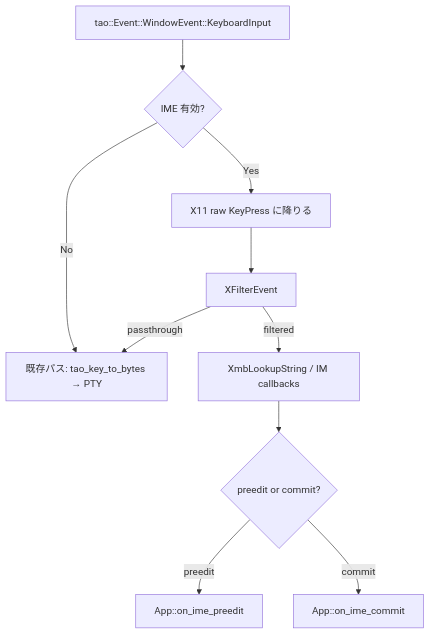
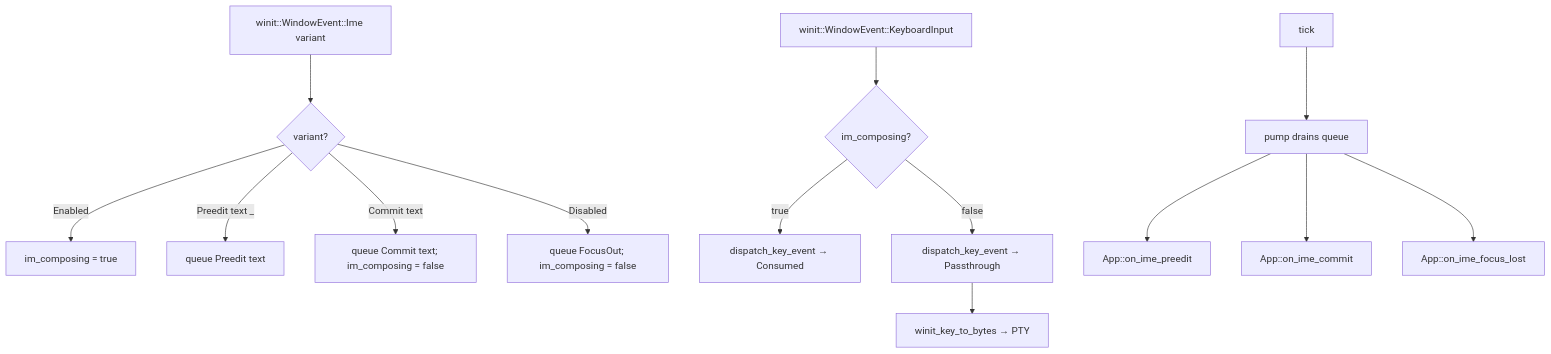
The first of 2 diagrams in doc/tasks/ime-native-integration/要件定義書.md (m-m-n/emterm), drawn with Mermaid before and after one commit. The commit also changed other lines of this file and 4 other files, not shown here.

First line of the commit message:
docs(ime-native-integration): redesign spec/plan/verification for winit 0.30 migration

````diff
--- a/doc/tasks/ime-native-integration/要件定義書.md
+++ b/doc/tasks/ime-native-integration/要件定義書.md
@@ -193,12 +226,18 @@
 ```mermaid
 flowchart TD
-    A[tao::Event::WindowEvent::KeyboardInput] --> B{IME 有効?}
-    B -->|No| H[既存パス: tao_key_to_bytes → PTY]
-    B -->|Yes| C[X11 raw KeyPress に降りる]
-    C --> D[XFilterEvent]
-    D -->|filtered| E[XmbLookupString / IM callbacks]
-    D -->|passthrough| H
-    E --> F{preedit or commit?}
-    F -->|preedit| G1[App::on_ime_preedit]
-    F -->|commit| G2[App::on_ime_commit]
+    A[winit::WindowEvent::Ime variant] --> B{variant?}
+    B -->|Enabled| C1[im_composing = true]
+    B -->|Preedit text _| C2[queue Preedit text]
+    B -->|Commit text| C3[queue Commit text; im_composing = false]
+    B -->|Disabled| C4[queue FocusOut; im_composing = false]
+
+    D[winit::WindowEvent::KeyboardInput] --> E{im_composing?}
+    E -->|true| F1[dispatch_key_event → Consumed]
+    E -->|false| F2[dispatch_key_event → Passthrough]
+    F2 --> G[winit_key_to_bytes → PTY]
+
+    H[tick] --> I[pump drains queue]
+    I --> J1[App::on_ime_preedit]
+    I --> J2[App::on_ime_commit]
+    I --> J3[App::on_ime_focus_lost]
 ```
````
